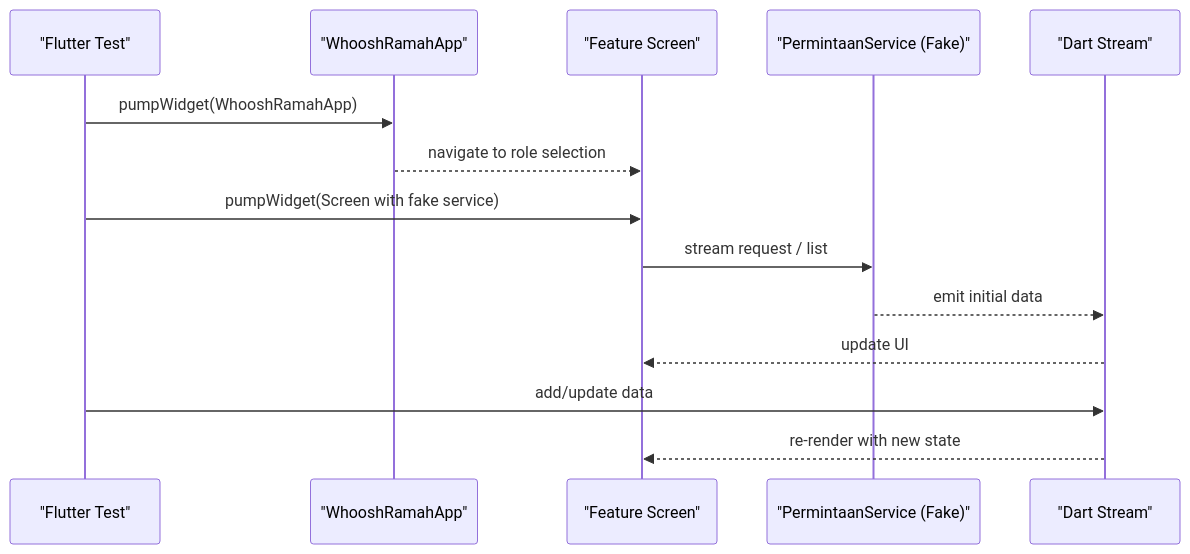
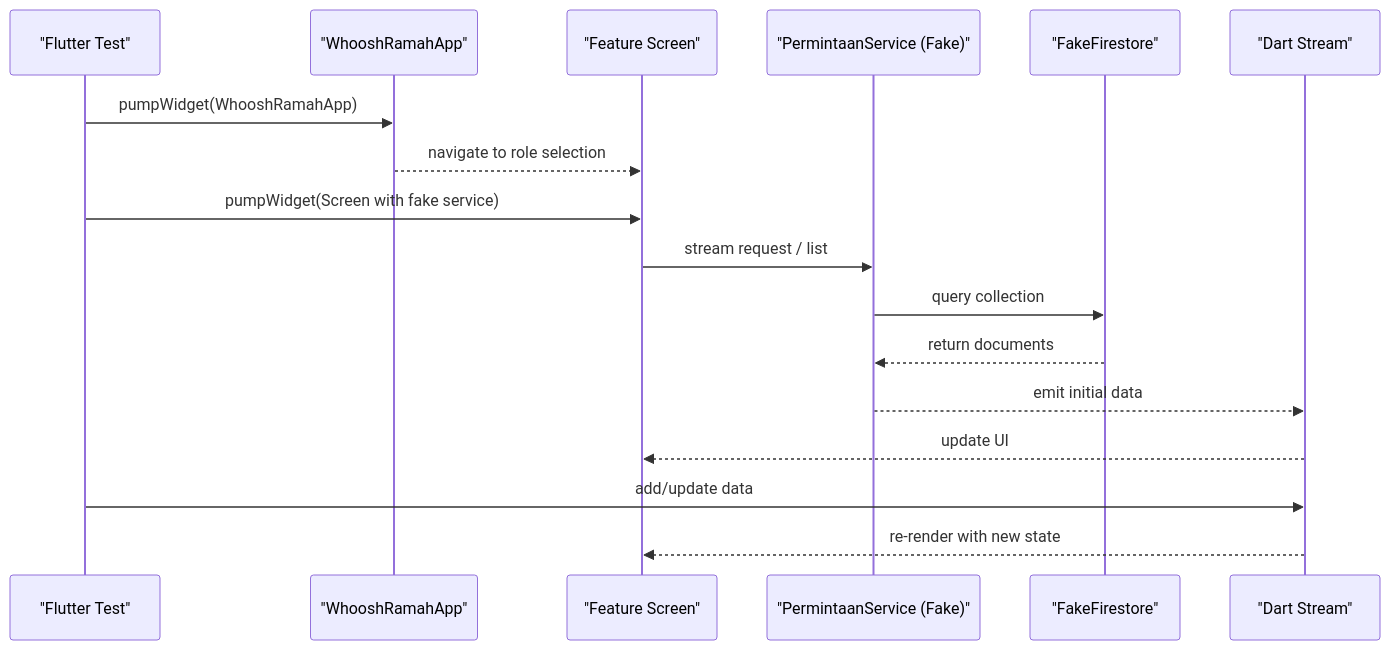
The second of 10 diagrams in .qoder/repowiki/en/content/Testing Strategy.md (rdsarjito/whoosh-ramah), drawn with Mermaid before and after one commit. The commit also changed other lines of this file and 68 other files, not shown here.

````diff
--- a/.qoder/repowiki/en/content/Testing Strategy.md
+++ b/.qoder/repowiki/en/content/Testing Strategy.md
@@ -107,16 +143,19 @@
 ```mermaid
 sequenceDiagram
 participant Test as "Flutter Test"
 participant App as "WhooshRamahApp"
 participant Screen as "Feature Screen"
 participant Service as "PermintaanService (Fake)"
+participant DB as "FakeFirestore"
 participant Stream as "Dart Stream"
 Test->>App : pumpWidget(WhooshRamahApp)
 App-->>Screen : navigate to role selection
 Test->>Screen : pumpWidget(Screen with fake service)
 Screen->>Service : stream request / list
+Service->>DB : query collection
+DB-->>Service : return documents
 Service-->>Stream : emit initial data
 Stream-->>Screen : update UI
 Test->>Stream : add/update data
 Stream-->>Screen : re-render with new state
 ```
````
